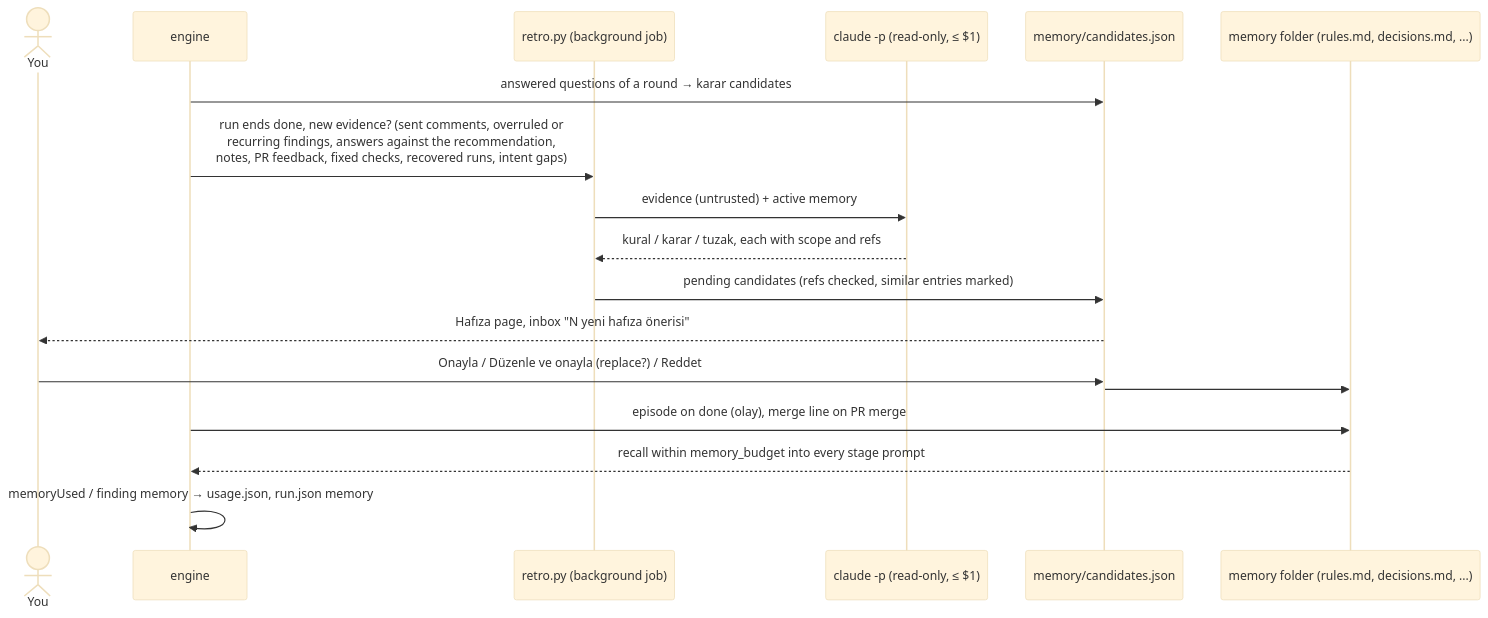
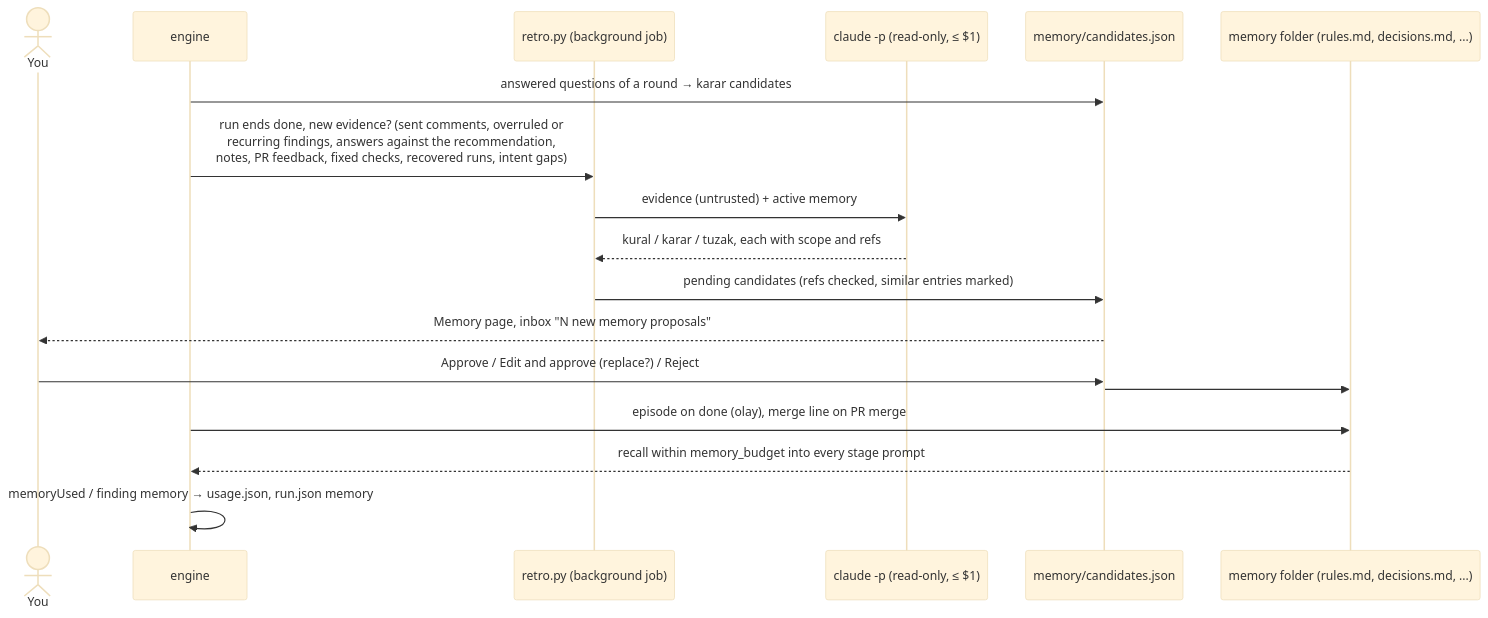
One commit to ilkeryasin8/ziggy-agent changed diagram 13 of 19 in docs/how-it-works.md. Above: the diagram before and after it, drawn with Mermaid (base theme). The commit also changed other lines of this file and 17 other files, not shown here.

````diff
--- a/docs/how-it-works.md
+++ b/docs/how-it-works.md
@@ -741,21 +741,21 @@
 ```mermaid
 sequenceDiagram
     actor You
     participant Engine as engine
     participant Retro as retro.py (background job)
     participant Agent as claude -p (read-only, ≤ $1)
     participant Cand as memory/candidates.json
     participant Mem as memory folder (rules.md, decisions.md, ...)
 
     Engine->>Cand: answered questions of a round → karar candidates
     Engine->>Retro: run ends done, new evidence? (sent comments, overruled or<br/>recurring findings, answers against the recommendation,<br/>notes, PR feedback, fixed checks, recovered runs, intent gaps)
     Retro->>Agent: evidence (untrusted) + active memory
     Agent-->>Retro: kural / karar / tuzak, each with scope and refs
     Retro->>Cand: pending candidates (refs checked, similar entries marked)
-    Cand-->>You: Hafıza page, inbox "N yeni hafıza önerisi"
-    You->>Cand: Onayla / Düzenle ve onayla (replace?) / Reddet
+    Cand-->>You: Memory page, inbox "N new memory proposals"
+    You->>Cand: Approve / Edit and approve (replace?) / Reject
     Cand->>Mem: ## M-12 · tuzak · … (Kaynak: local-4 · 05-review · date · onay date)
     Engine->>Mem: episode on done (olay), merge line on PR merge
     Mem-->>Engine: recall within memory_budget into every stage prompt
     Engine->>Engine: memoryUsed / finding memory → usage.json, run.json memory
 ```
````
